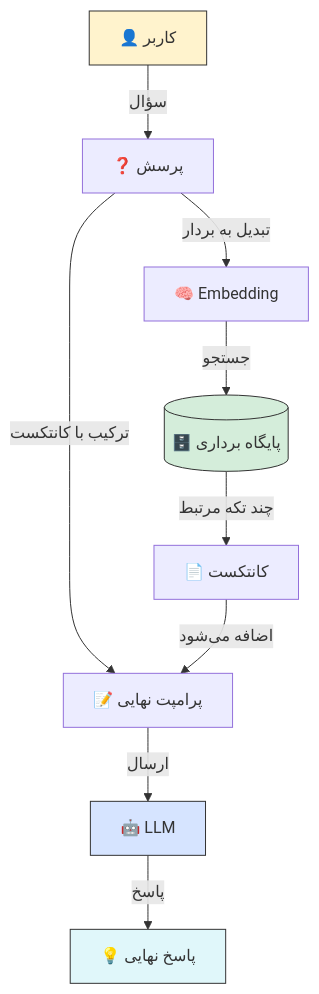
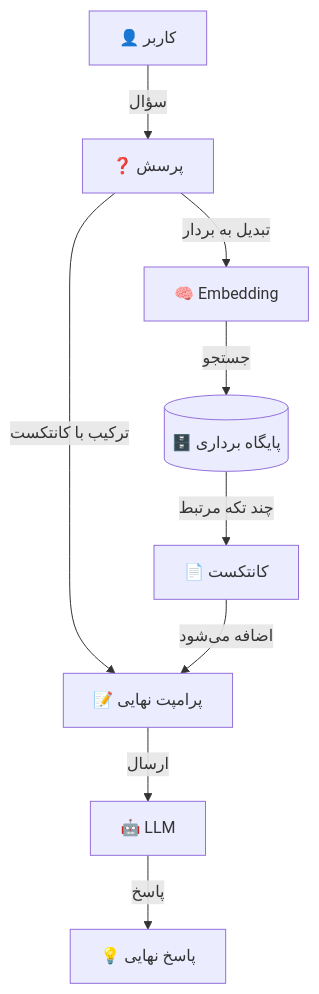
The diagram in README.md (3lf/llm-for-humans), drawn with Mermaid before and after one commit.

Commit message:
Enhance README by adding a new line in the RAG diagram for improved clarity. This update aims to better illustrate the flow of information and interactions for Persian-speaking users.

````diff
--- a/README.md
+++ b/README.md
@@ -1947,19 +1947,17 @@
 ```mermaid
+
 graph TD
     U[👤 کاربر] -->|سؤال| Q[❓ پرسش]
 
     Q -->|تبدیل به بردار| E[🧠 Embedding]
     E -->|جستجو| V[(🗄️ پایگاه برداری)]
     V -->|چند تکه مرتبط| C[📄 کانتکست]
 
     Q -->|ترکیب با کانتکست| P[📝 پرامپت نهایی]
     C -->|اضافه می‌شود| P
 
     P -->|ارسال| L[🤖 LLM]
     L -->|پاسخ| A[💡 پاسخ نهایی]
 
-    style U fill:#fff3cd,stroke:#333
-    style V fill:#d4edda,stroke:#333
-    style L fill:#d6e4ff,stroke:#333
-    style A fill:#e0f7fa,stroke:#333
+
 ```
````
